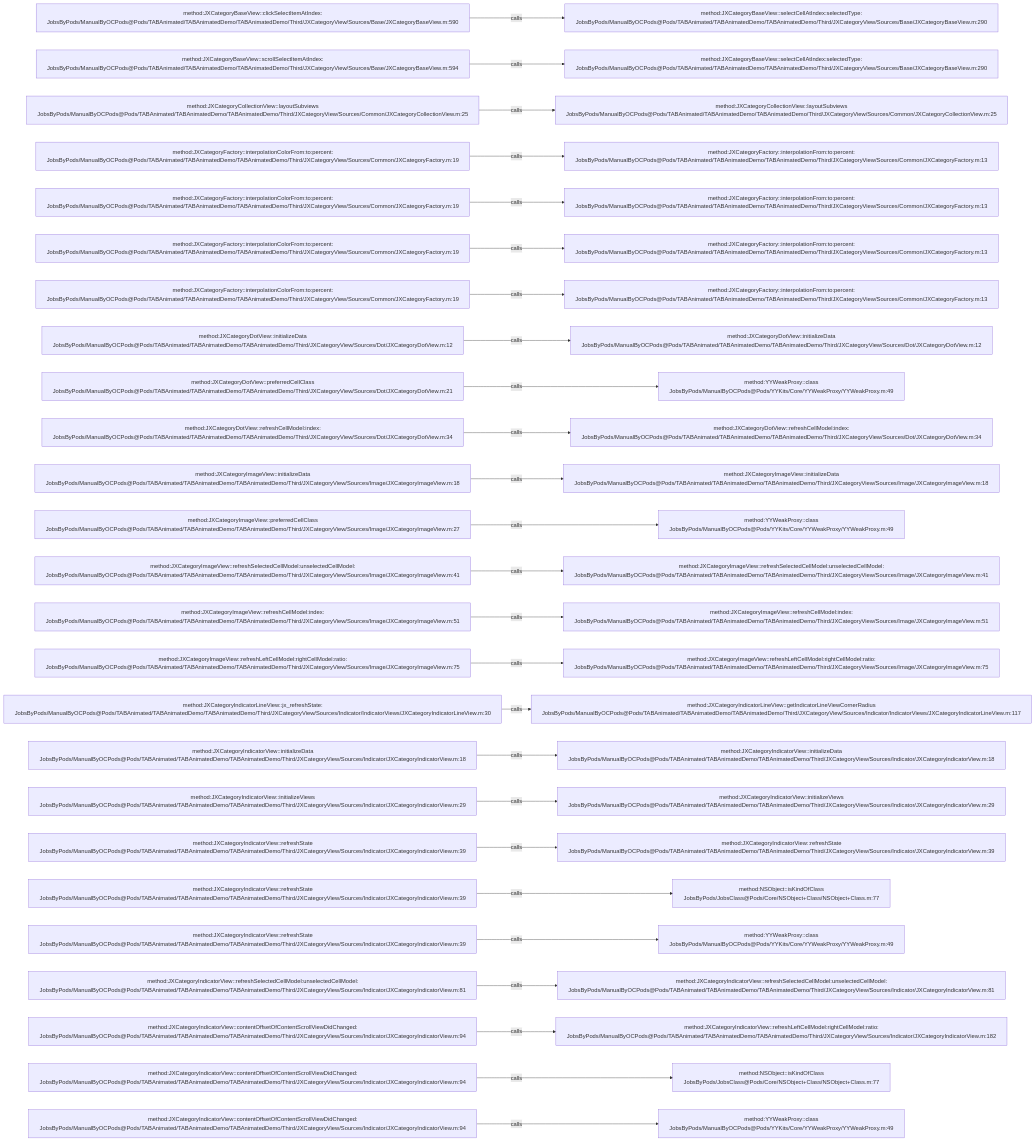
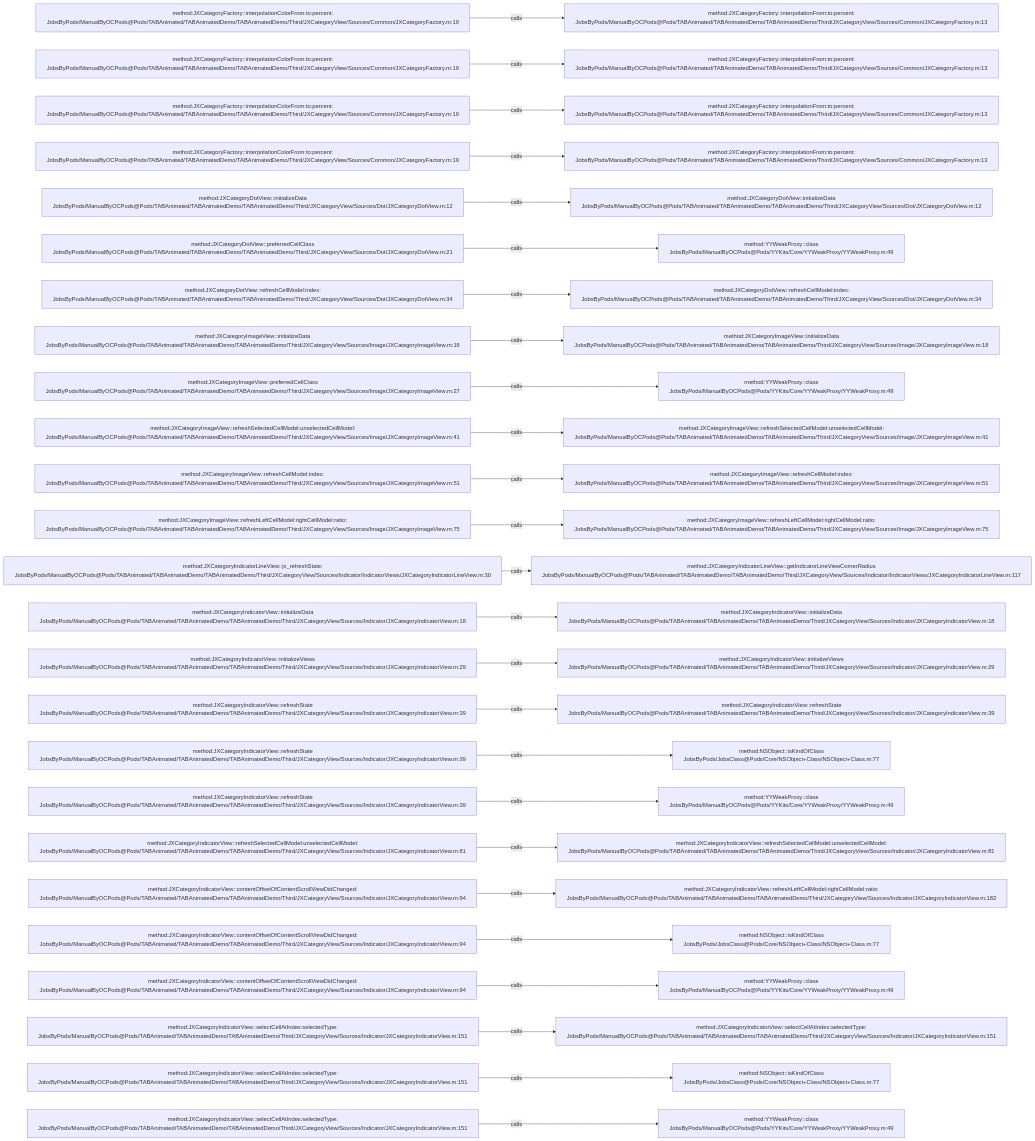
The diagram in .codegraph/codegraph.md/graphs/calls-044.md (JobsKits/JobsOCBaseConfigDemo), drawn with Mermaid before and after one commit. The commit also changed 342 other files, not shown here.

````diff
--- a/.codegraph/codegraph.md/graphs/calls-044.md
+++ b/.codegraph/codegraph.md/graphs/calls-044.md
@@ -13,78 +13,78 @@
 ```mermaid
 flowchart LR
-  S1["method:JXCategoryBaseView::clickSelectItemAtIndex:<br/>JobsByPods/ManualByOCPods@Pods/TABAnimated/TABAnimatedDemo/TABAnimatedDemo/Third/JXCategoryView/Sources/Base/JXCategoryBaseView.m:590"]
-  T1["method:JXCategoryBaseView::selectCellAtIndex:selectedType:<br/>JobsByPods/ManualByOCPods@Pods/TABAnimated/TABAnimatedDemo/TABAnimatedDemo/Third/JXCategoryView/Sources/Base/JXCategoryBaseView.m:290"]
+  S1["method:JXCategoryFactory::interpolationColorFrom:to:percent:<br/>JobsByPods/ManualByOCPods@Pods/TABAnimated/TABAnimatedDemo/TABAnimatedDemo/Third/JXCategoryView/Sources/Common/JXCategoryFactory.m:19"]
+  T1["method:JXCategoryFactory::interpolationFrom:to:percent:<br/>JobsByPods/ManualByOCPods@Pods/TABAnimated/TABAnimatedDemo/TABAnimatedDemo/Third/JXCategoryView/Sources/Common/JXCategoryFactory.m:13"]
   S1 -->|calls| T1
-  S2["method:JXCategoryBaseView::scrollSelectItemAtIndex:<br/>JobsByPods/ManualByOCPods@Pods/TABAnimated/TABAnimatedDemo/TABAnimatedDemo/Third/JXCategoryView/Sources/Base/JXCategoryBaseView.m:594"]
-  T2["method:JXCategoryBaseView::selectCellAtIndex:selectedType:<br/>JobsByPods/ManualByOCPods@Pods/TABAnimated/TABAnimatedDemo/TABAnimatedDemo/Third/JXCategoryView/Sources/Base/JXCategoryBaseView.m:290"]
+  S2["method:JXCategoryFactory::interpolationColorFrom:to:percent:<br/>JobsByPods/ManualByOCPods@Pods/TABAnimated/TABAnimatedDemo/TABAnimatedDemo/Third/JXCategoryView/Sources/Common/JXCategoryFactory.m:19"]
+  T2["method:JXCategoryFactory::interpolationFrom:to:percent:<br/>JobsByPods/ManualByOCPods@Pods/TABAnimated/TABAnimatedDemo/TABAnimatedDemo/Third/JXCategoryView/Sources/Common/JXCategoryFactory.m:13"]
   S2 -->|calls| T2
-  S3["method:JXCategoryCollectionView::layoutSubviews<br/>JobsByPods/ManualByOCPods@Pods/TABAnimated/TABAnimatedDemo/TABAnimatedDemo/Third/JXCategoryView/Sources/Common/JXCategoryCollectionView.m:25"]
-  T3["method:JXCategoryCollectionView::layoutSubviews<br/>JobsByPods/ManualByOCPods@Pods/TABAnimated/TABAnimatedDemo/TABAnimatedDemo/Third/JXCategoryView/Sources/Common/JXCategoryCollectionView.m:25"]
+  S3["method:JXCategoryFactory::interpolationColorFrom:to:percent:<br/>JobsByPods/ManualByOCPods@Pods/TABAnimated/TABAnimatedDemo/TABAnimatedDemo/Third/JXCategoryView/Sources/Common/JXCategoryFactory.m:19"]
+  T3["method:JXCategoryFactory::interpolationFrom:to:percent:<br/>JobsByPods/ManualByOCPods@Pods/TABAnimated/TABAnimatedDemo/TABAnimatedDemo/Third/JXCategoryView/Sources/Common/JXCategoryFactory.m:13"]
   S3 -->|calls| T3
   S4["method:JXCategoryFactory::interpolationColorFrom:to:percent:<br/>JobsByPods/ManualByOCPods@Pods/TABAnimated/TABAnimatedDemo/TABAnimatedDemo/Third/JXCategoryView/Sources/Common/JXCategoryFactory.m:19"]
   T4["method:JXCategoryFactory::interpolationFrom:to:percent:<br/>JobsByPods/ManualByOCPods@Pods/TABAnimated/TABAnimatedDemo/TABAnimatedDemo/Third/JXCategoryView/Sources/Common/JXCategoryFactory.m:13"]
   S4 -->|calls| T4
-  S5["method:JXCategoryFactory::interpolationColorFrom:to:percent:<br/>JobsByPods/ManualByOCPods@Pods/TABAnimated/TABAnimatedDemo/TABAnimatedDemo/Third/JXCategoryView/Sources/Common/JXCategoryFactory.m:19"]
-  T5["method:JXCategoryFactory::interpolationFrom:to:percent:<br/>JobsByPods/ManualByOCPods@Pods/TABAnimated/TABAnimatedDemo/TABAnimatedDemo/Third/JXCategoryView/Sources/Common/JXCategoryFactory.m:13"]
+  S5["method:JXCategoryDotView::initializeData<br/>JobsByPods/ManualByOCPods@Pods/TABAnimated/TABAnimatedDemo/TABAnimatedDemo/Third/JXCategoryView/Sources/Dot/JXCategoryDotView.m:12"]
+  T5["method:JXCategoryDotView::initializeData<br/>JobsByPods/ManualByOCPods@Pods/TABAnimated/TABAnimatedDemo/TABAnimatedDemo/Third/JXCategoryView/Sources/Dot/JXCategoryDotView.m:12"]
   S5 -->|calls| T5
-  S6["method:JXCategoryFactory::interpolationColorFrom:to:percent:<br/>JobsByPods/ManualByOCPods@Pods/TABAnimated/TABAnimatedDemo/TABAnimatedDemo/Third/JXCategoryView/Sources/Common/JXCategoryFactory.m:19"]
-  T6["method:JXCategoryFactory::interpolationFrom:to:percent:<br/>JobsByPods/ManualByOCPods@Pods/TABAnimated/TABAnimatedDemo/TABAnimatedDemo/Third/JXCategoryView/Sources/Common/JXCategoryFactory.m:13"]
+  S6["method:JXCategoryDotView::preferredCellClass<br/>JobsByPods/ManualByOCPods@Pods/TABAnimated/TABAnimatedDemo/TABAnimatedDemo/Third/JXCategoryView/Sources/Dot/JXCategoryDotView.m:21"]
+  T6["method:YYWeakProxy::class<br/>JobsByPods/ManualByOCPods@Pods/YYKits/Core/YYWeakProxy/YYWeakProxy.m:49"]
   S6 -->|calls| T6
-  S7["method:JXCategoryFactory::interpolationColorFrom:to:percent:<br/>JobsByPods/ManualByOCPods@Pods/TABAnimated/TABAnimatedDemo/TABAnimatedDemo/Third/JXCategoryView/Sources/Common/JXCategoryFactory.m:19"]
-  T7["method:JXCategoryFactory::interpolationFrom:to:percent:<br/>JobsByPods/ManualByOCPods@Pods/TABAnimated/TABAnimatedDemo/TABAnimatedDemo/Third/JXCategoryView/Sources/Common/JXCategoryFactory.m:13"]
+  S7["method:JXCategoryDotView::refreshCellModel:index:<br/>JobsByPods/ManualByOCPods@Pods/TABAnimated/TABAnimatedDemo/TABAnimatedDemo/Third/JXCategoryView/Sources/Dot/JXCategoryDotView.m:34"]
+  T7["method:JXCategoryDotView::refreshCellModel:index:<br/>JobsByPods/ManualByOCPods@Pods/TABAnimated/TABAnimatedDemo/TABAnimatedDemo/Third/JXCategoryView/Sources/Dot/JXCategoryDotView.m:34"]
   S7 -->|calls| T7
-  S8["method:JXCategoryDotView::initializeData<br/>JobsByPods/ManualByOCPods@Pods/TABAnimated/TABAnimatedDemo/TABAnimatedDemo/Third/JXCategoryView/Sources/Dot/JXCategoryDotView.m:12"]
-  T8["method:JXCategoryDotView::initializeData<br/>JobsByPods/ManualByOCPods@Pods/TABAnimated/TABAnimatedDemo/TABAnimatedDemo/Third/JXCategoryView/Sources/Dot/JXCategoryDotView.m:12"]
+  S8["method:JXCategoryImageView::initializeData<br/>JobsByPods/ManualByOCPods@Pods/TABAnimated/TABAnimatedDemo/TABAnimatedDemo/Third/JXCategoryView/Sources/Image/JXCategoryImageView.m:18"]
+  T8["method:JXCategoryImageView::initializeData<br/>JobsByPods/ManualByOCPods@Pods/TABAnimated/TABAnimatedDemo/TABAnimatedDemo/Third/JXCategoryView/Sources/Image/JXCategoryImageView.m:18"]
   S8 -->|calls| T8
-  S9["method:JXCategoryDotView::preferredCellClass<br/>JobsByPods/ManualByOCPods@Pods/TABAnimated/TABAnimatedDemo/TABAnimatedDemo/Third/JXCategoryView/Sources/Dot/JXCategoryDotView.m:21"]
+  S9["method:JXCategoryImageView::preferredCellClass<br/>JobsByPods/ManualByOCPods@Pods/TABAnimated/TABAnimatedDemo/TABAnimatedDemo/Third/JXCategoryView/Sources/Image/JXCategoryImageView.m:27"]
   T9["method:YYWeakProxy::class<br/>JobsByPods/ManualByOCPods@Pods/YYKits/Core/YYWeakProxy/YYWeakProxy.m:49"]
   S9 -->|calls| T9
-  S10["method:JXCategoryDotView::refreshCellModel:index:<br/>JobsByPods/ManualByOCPods@Pods/TABAnimated/TABAnimatedDemo/TABAnimatedDemo/Third/JXCategoryView/Sources/Dot/JXCategoryDotView.m:34"]
-  T10["method:JXCategoryDotView::refreshCellModel:index:<br/>JobsByPods/ManualByOCPods@Pods/TABAnimated/TABAnimatedDemo/TABAnimatedDemo/Third/JXCategoryView/Sources/Dot/JXCategoryDotView.m:34"]
+  S10["method:JXCategoryImageView::refreshSelectedCellModel:unselectedCellModel:<br/>JobsByPods/ManualByOCPods@Pods/TABAnimated/TABAnimatedDemo/TABAnimatedDemo/Third/JXCategoryView/Sources/Image/JXCategoryImageView.m:41"]
+  T10["method:JXCategoryImageView::refreshSelectedCellModel:unselectedCellModel:<br/>JobsByPods/ManualByOCPods@Pods/TABAnimated/TABAnimatedDemo/TABAnimatedDemo/Third/JXCategoryView/Sources/Image/JXCategoryImageView.m:41"]
   S10 -->|calls| T10
-  S11["method:JXCategoryImageView::initializeData<br/>JobsByPods/ManualByOCPods@Pods/TABAnimated/TABAnimatedDemo/TABAnimatedDemo/Third/JXCategoryView/Sources/Image/JXCategoryImageView.m:18"]
-  T11["method:JXCategoryImageView::initializeData<br/>JobsByPods/ManualByOCPods@Pods/TABAnimated/TABAnimatedDemo/TABAnimatedDemo/Third/JXCategoryView/Sources/Image/JXCategoryImageView.m:18"]
+  S11["method:JXCategoryImageView::refreshCellModel:index:<br/>JobsByPods/ManualByOCPods@Pods/TABAnimated/TABAnimatedDemo/TABAnimatedDemo/Third/JXCategoryView/Sources/Image/JXCategoryImageView.m:51"]
+  T11["method:JXCategoryImageView::refreshCellModel:index:<br/>JobsByPods/ManualByOCPods@Pods/TABAnimated/TABAnimatedDemo/TABAnimatedDemo/Third/JXCategoryView/Sources/Image/JXCategoryImageView.m:51"]
   S11 -->|calls| T11
-  S12["method:JXCategoryImageView::preferredCellClass<br/>JobsByPods/ManualByOCPods@Pods/TABAnimated/TABAnimatedDemo/TABAnimatedDemo/Third/JXCategoryView/Sources/Image/JXCategoryImageView.m:27"]
-  T12["method:YYWeakProxy::class<br/>JobsByPods/ManualByOCPods@Pods/YYKits/Core/YYWeakProxy/YYWeakProxy.m:49"]
+  S12["method:JXCategoryImageView::refreshLeftCellModel:rightCellModel:ratio:<br/>JobsByPods/ManualByOCPods@Pods/TABAnimated/TABAnimatedDemo/TABAnimatedDemo/Third/JXCategoryView/Sources/Image/JXCategoryImageView.m:75"]
+  T12["method:JXCategoryImageView::refreshLeftCellModel:rightCellModel:ratio:<br/>JobsByPods/ManualByOCPods@Pods/TABAnimated/TABAnimatedDemo/TABAnimatedDemo/Third/JXCategoryView/Sources/Image/JXCategoryImageView.m:75"]
   S12 -->|calls| T12
-  S13["method:JXCategoryImageView::refreshSelectedCellModel:unselectedCellModel:<br/>JobsByPods/ManualByOCPods@Pods/TABAnimated/TABAnimatedDemo/TABAnimatedDemo/Third/JXCategoryView/Sources/Image/JXCategoryImageView.m:41"]
-  T13["method:JXCategoryImageView::refreshSelectedCellModel:unselectedCellModel:<br/>JobsByPods/ManualByOCPods@Pods/TABAnimated/TABAnimatedDemo/TABAnimatedDemo/Third/JXCategoryView/Sources/Image/JXCategoryImageView.m:41"]
+  S13["method:JXCategoryIndicatorLineView::jx_refreshState:<br/>JobsByPods/ManualByOCPods@Pods/TABAnimated/TABAnimatedDemo/TABAnimatedDemo/Third/JXCategoryView/Sources/Indicator/IndicatorViews/JXCategoryIndicatorLineView.m:30"]
+  T13["method:JXCategoryIndicatorLineView::getIndicatorLineViewCornerRadius<br/>JobsByPods/ManualByOCPods@Pods/TABAnimated/TABAnimatedDemo/TABAnimatedDemo/Third/JXCategoryView/Sources/Indicator/IndicatorViews/JXCategoryIndicatorLineView.m:117"]
   S13 -->|calls| T13
-  S14["method:JXCategoryImageView::refreshCellModel:index:<br/>JobsByPods/ManualByOCPods@Pods/TABAnimated/TABAnimatedDemo/TABAnimatedDemo/Third/JXCategoryView/Sources/Image/JXCategoryImageView.m:51"]
-  T14["method:JXCategoryImageView::refreshCellModel:index:<br/>JobsByPods/ManualByOCPods@Pods/TABAnimated/TABAnimatedDemo/TABAnimatedDemo/Third/JXCategoryView/Sources/Image/JXCategoryImageView.m:51"]
+  S14["method:JXCategoryIndicatorView::initializeData<br/>JobsByPods/ManualByOCPods@Pods/TABAnimated/TABAnimatedDemo/TABAnimatedDemo/Third/JXCategoryView/Sources/Indicator/JXCategoryIndicatorView.m:18"]
+  T14["method:JXCategoryIndicatorView::initializeData<br/>JobsByPods/ManualByOCPods@Pods/TABAnimated/TABAnimatedDemo/TABAnimatedDemo/Third/JXCategoryView/Sources/Indicator/JXCategoryIndicatorView.m:18"]
   S14 -->|calls| T14
-  S15["method:JXCategoryImageView::refreshLeftCellModel:rightCellModel:ratio:<br/>JobsByPods/ManualByOCPods@Pods/TABAnimated/TABAnimatedDemo/TABAnimatedDemo/Third/JXCategoryView/Sources/Image/JXCategoryImageView.m:75"]
-  T15["method:JXCategoryImageView::refreshLeftCellModel:rightCellModel:ratio:<br/>JobsByPods/ManualByOCPods@Pods/TABAnimated/TABAnimatedDemo/TABAnimatedDemo/Third/JXCategoryView/Sources/Image/JXCategoryImageView.m:75"]
+  S15["method:JXCategoryIndicatorView::initializeViews<br/>JobsByPods/ManualByOCPods@Pods/TABAnimated/TABAnimatedDemo/TABAnimatedDemo/Third/JXCategoryView/Sources/Indicator/JXCategoryIndicatorView.m:29"]
+  T15["method:JXCategoryIndicatorView::initializeViews<br/>JobsByPods/ManualByOCPods@Pods/TABAnimated/TABAnimatedDemo/TABAnimatedDemo/Third/JXCategoryView/Sources/Indicator/JXCategoryIndicatorView.m:29"]
   S15 -->|calls| T15
-  S16["method:JXCategoryIndicatorLineView::jx_refreshState:<br/>JobsByPods/ManualByOCPods@Pods/TABAnimated/TABAnimatedDemo/TABAnimatedDemo/Third/JXCategoryView/Sources/Indicator/IndicatorViews/JXCategoryIndicatorLineView.m:30"]
-  T16["method:JXCategoryIndicatorLineView::getIndicatorLineViewCornerRadius<br/>JobsByPods/ManualByOCPods@Pods/TABAnimated/TABAnimatedDemo/TABAnimatedDemo/Third/JXCategoryView/Sources/Indicator/IndicatorViews/JXCategoryIndicatorLineView.m:117"]
+  S16["method:JXCategoryIndicatorView::refreshState<br/>JobsByPods/ManualByOCPods@Pods/TABAnimated/TABAnimatedDemo/TABAnimatedDemo/Third/JXCategoryView/Sources/Indicator/JXCategoryIndicatorView.m:39"]
+  T16["method:JXCategoryIndicatorView::refreshState<br/>JobsByPods/ManualByOCPods@Pods/TABAnimated/TABAnimatedDemo/TABAnimatedDemo/Third/JXCategoryView/Sources/Indicator/JXCategoryIndicatorView.m:39"]
   S16 -->|calls| T16
-  S17["method:JXCategoryIndicatorView::initializeData<br/>JobsByPods/ManualByOCPods@Pods/TABAnimated/TABAnimatedDemo/TABAnimatedDemo/Third/JXCategoryView/Sources/Indicator/JXCategoryIndicatorView.m:18"]
-  T17["method:JXCategoryIndicatorView::initializeData<br/>JobsByPods/ManualByOCPods@Pods/TABAnimated/TABAnimatedDemo/TABAnimatedDemo/Third/JXCategoryView/Sources/Indicator/JXCategoryIndicatorView.m:18"]
+  S17["method:JXCategoryIndicatorView::refreshState<br/>JobsByPods/ManualByOCPods@Pods/TABAnimated/TABAnimatedDemo/TABAnimatedDemo/Third/JXCategoryView/Sources/Indicator/JXCategoryIndicatorView.m:39"]
+  T17["method:NSObject::isKindOfClass<br/>JobsByPods/JobsClass@Pods/Core/NSObject+Class/NSObject+Class.m:77"]
   S17 -->|calls| T17
-  S18["method:JXCategoryIndicatorView::initializeViews<br/>JobsByPods/ManualByOCPods@Pods/TABAnimated/TABAnimatedDemo/TABAnimatedDemo/Third/JXCategoryView/Sources/Indicator/JXCategoryIndicatorView.m:29"]
-  T18["method:JXCategoryIndicatorView::initializeViews<br/>JobsByPods/ManualByOCPods@Pods/TABAnimated/TABAnimatedDemo/TABAnimatedDemo/Third/JXCategoryView/Sources/Indicator/JXCategoryIndicatorView.m:29"]
+  S18["method:JXCategoryIndicatorView::refreshState<br/>JobsByPods/ManualByOCPods@Pods/TABAnimated/TABAnimatedDemo/TABAnimatedDemo/Third/JXCategoryView/Sources/Indicator/JXCategoryIndicatorView.m:39"]
+  T18["method:YYWeakProxy::class<br/>JobsByPods/ManualByOCPods@Pods/YYKits/Core/YYWeakProxy/YYWeakProxy.m:49"]
   S18 -->|calls| T18
-  S19["method:JXCategoryIndicatorView::refreshState<br/>JobsByPods/ManualByOCPods@Pods/TABAnimated/TABAnimatedDemo/TABAnimatedDemo/Third/JXCategoryView/Sources/Indicator/JXCategoryIndicatorView.m:39"]
-  T19["method:JXCategoryIndicatorView::refreshState<br/>JobsByPods/ManualByOCPods@Pods/TABAnimated/TABAnimatedDemo/TABAnimatedDemo/Third/JXCategoryView/Sources/Indicator/JXCategoryIndicatorView.m:39"]
+  S19["method:JXCategoryIndicatorView::refreshSelectedCellModel:unselectedCellModel:<br/>JobsByPods/ManualByOCPods@Pods/TABAnimated/TABAnimatedDemo/TABAnimatedDemo/Third/JXCategoryView/Sources/Indicator/JXCategoryIndicatorView.m:81"]
+  T19["method:JXCategoryIndicatorView::refreshSelectedCellModel:unselectedCellModel:<br/>JobsByPods/ManualByOCPods@Pods/TABAnimated/TABAnimatedDemo/TABAnimatedDemo/Third/JXCategoryView/Sources/Indicator/JXCategoryIndicatorView.m:81"]
   S19 -->|calls| T19
-  S20["method:JXCategoryIndicatorView::refreshState<br/>JobsByPods/ManualByOCPods@Pods/TABAnimated/TABAnimatedDemo/TABAnimatedDemo/Third/JXCategoryView/Sources/Indicator/JXCategoryIndicatorView.m:39"]
-  T20["method:NSObject::isKindOfClass<br/>JobsByPods/JobsClass@Pods/Core/NSObject+Class/NSObject+Class.m:77"]
+  S20["method:JXCategoryIndicatorView::contentOffsetOfContentScrollViewDidChanged:<br/>JobsByPods/ManualByOCPods@Pods/TABAnimated/TABAnimatedDemo/TABAnimatedDemo/Third/JXCategoryView/Sources/Indicator/JXCategoryIndicatorView.m:94"]
+  T20["method:JXCategoryIndicatorView::refreshLeftCellModel:rightCellModel:ratio:<br/>JobsByPods/ManualByOCPods@Pods/TABAnimated/TABAnimatedDemo/TABAnimatedDemo/Third/JXCategoryView/Sources/Indicator/JXCategoryIndicatorView.m:182"]
   S20 -->|calls| T20
-  S21["method:JXCategoryIndicatorView::refreshState<br/>JobsByPods/ManualByOCPods@Pods/TABAnimated/TABAnimatedDemo/TABAnimatedDemo/Third/JXCategoryView/Sources/Indicator/JXCategoryIndicatorView.m:39"]
-  T21["method:YYWeakProxy::class<br/>JobsByPods/ManualByOCPods@Pods/YYKits/Core/YYWeakProxy/YYWeakProxy.m:49"]
+  S21["method:JXCategoryIndicatorView::contentOffsetOfContentScrollViewDidChanged:<br/>JobsByPods/ManualByOCPods@Pods/TABAnimated/TABAnimatedDemo/TABAnimatedDemo/Third/JXCategoryView/Sources/Indicator/JXCategoryIndicatorView.m:94"]
+  T21["method:NSObject::isKindOfClass<br/>JobsByPods/JobsClass@Pods/Core/NSObject+Class/NSObject+Class.m:77"]
   S21 -->|calls| T21
-  S22["method:JXCategoryIndicatorView::refreshSelectedCellModel:unselectedCellModel:<br/>JobsByPods/ManualByOCPods@Pods/TABAnimated/TABAnimatedDemo/TABAnimatedDemo/Third/JXCategoryView/Sources/Indicator/JXCategoryIndicatorView.m:81"]
-  T22["method:JXCategoryIndicatorView::refreshSelectedCellModel:unselectedCellModel:<br/>JobsByPods/ManualByOCPods@Pods/TABAnimated/TABAnimatedDemo/TABAnimatedDemo/Third/JXCategoryView/Sources/Indicator/JXCategoryIndicatorView.m:81"]
+  S22["method:JXCategoryIndicatorView::contentOffsetOfContentScrollViewDidChanged:<br/>JobsByPods/ManualByOCPods@Pods/TABAnimated/TABAnimatedDemo/TABAnimatedDemo/Third/JXCategoryView/Sources/Indicator/JXCategoryIndicatorView.m:94"]
+  T22["method:YYWeakProxy::class<br/>JobsByPods/ManualByOCPods@Pods/YYKits/Core/YYWeakProxy/YYWeakProxy.m:49"]
   S22 -->|calls| T22
-  S23["method:JXCategoryIndicatorView::contentOffsetOfContentScrollViewDidChanged:<br/>JobsByPods/ManualByOCPods@Pods/TABAnimated/TABAnimatedDemo/TABAnimatedDemo/Third/JXCategoryView/Sources/Indicator/JXCategoryIndicatorView.m:94"]
-  T23["method:JXCategoryIndicatorView::refreshLeftCellModel:rightCellModel:ratio:<br/>JobsByPods/ManualByOCPods@Pods/TABAnimated/TABAnimatedDemo/TABAnimatedDemo/Third/JXCategoryView/Sources/Indicator/JXCategoryIndicatorView.m:182"]
+  S23["method:JXCategoryIndicatorView::selectCellAtIndex:selectedType:<br/>JobsByPods/ManualByOCPods@Pods/TABAnimated/TABAnimatedDemo/TABAnimatedDemo/Third/JXCategoryView/Sources/Indicator/JXCategoryIndicatorView.m:151"]
+  T23["method:JXCategoryIndicatorView::selectCellAtIndex:selectedType:<br/>JobsByPods/ManualByOCPods@Pods/TABAnimated/TABAnimatedDemo/TABAnimatedDemo/Third/JXCategoryView/Sources/Indicator/JXCategoryIndicatorView.m:151"]
   S23 -->|calls| T23
-  S24["method:JXCategoryIndicatorView::contentOffsetOfContentScrollViewDidChanged:<br/>JobsByPods/ManualByOCPods@Pods/TABAnimated/TABAnimatedDemo/TABAnimatedDemo/Third/JXCategoryView/Sources/Indicator/JXCategoryIndicatorView.m:94"]
+  S24["method:JXCategoryIndicatorView::selectCellAtIndex:selectedType:<br/>JobsByPods/ManualByOCPods@Pods/TABAnimated/TABAnimatedDemo/TABAnimatedDemo/Third/JXCategoryView/Sources/Indicator/JXCategoryIndicatorView.m:151"]
   T24["method:NSObject::isKindOfClass<br/>JobsByPods/JobsClass@Pods/Core/NSObject+Class/NSObject+Class.m:77"]
   S24 -->|calls| T24
-  S25["method:JXCategoryIndicatorView::contentOffsetOfContentScrollViewDidChanged:<br/>JobsByPods/ManualByOCPods@Pods/TABAnimated/TABAnimatedDemo/TABAnimatedDemo/Third/JXCategoryView/Sources/Indicator/JXCategoryIndicatorView.m:94"]
+  S25["method:JXCategoryIndicatorView::selectCellAtIndex:selectedType:<br/>JobsByPods/ManualByOCPods@Pods/TABAnimated/TABAnimatedDemo/TABAnimatedDemo/Third/JXCategoryView/Sources/Indicator/JXCategoryIndicatorView.m:151"]
   T25["method:YYWeakProxy::class<br/>JobsByPods/ManualByOCPods@Pods/YYKits/Core/YYWeakProxy/YYWeakProxy.m:49"]
   S25 -->|calls| T25
 ```
````
